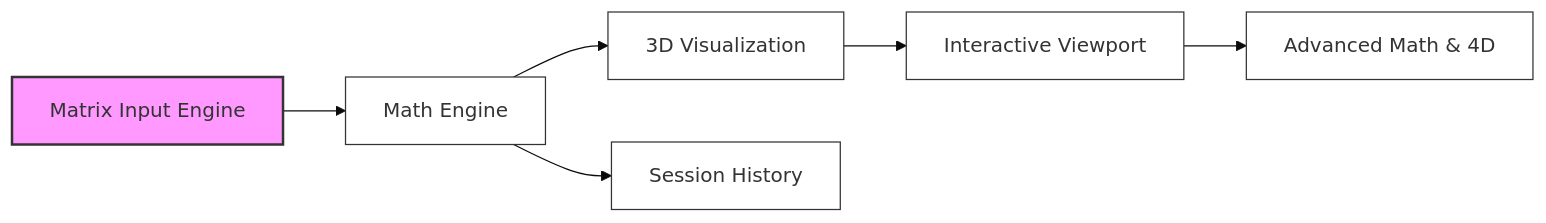
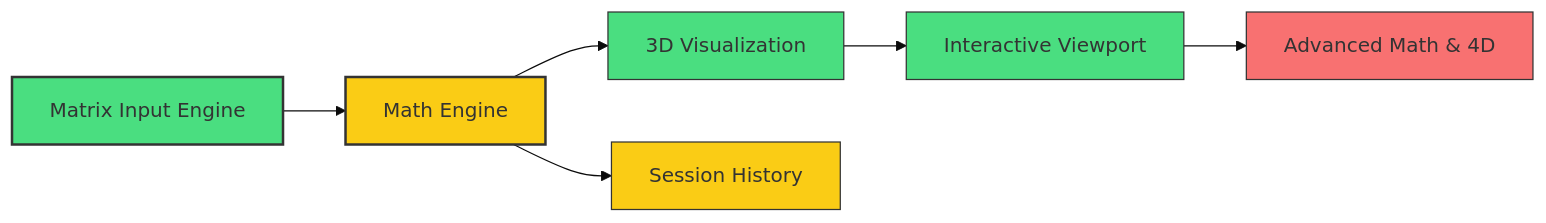
The diagram in .planning/STATE.md (KeMoSahBeee/Algine3D), drawn with Mermaid (base theme) before and after one commit. The commit also changed other lines of this file and 29 other files, not shown here.

````diff
--- a/.planning/STATE.md
+++ b/.planning/STATE.md
@@ -17,15 +17,15 @@
 ```mermaid
 graph LR
     P1[Matrix Input Engine] --> P2[Math Engine]
     P2 --> P3[3D Visualization]
     P3 --> P4[Interactive Viewport]
     P4 --> P5[Advanced Math & 4D]
     P2 --> P6[Session History]
     
-    style P1 fill:#f9f,stroke:#333,stroke-width:2px
-    style P2 fill:#fff,stroke:#333
-    style P3 fill:#fff,stroke:#333
-    style P4 fill:#fff,stroke:#333
-    style P5 fill:#fff,stroke:#333
-    style P6 fill:#fff,stroke:#333
+    style P1 fill:#4ade80,stroke:#333,stroke-width:2px
+    style P2 fill:#facc15,stroke:#333,stroke-width:2px
+    style P3 fill:#4ade80,stroke:#333
+    style P4 fill:#4ade80,stroke:#333
+    style P5 fill:#f87171,stroke:#333
+    style P6 fill:#facc15,stroke:#333
 ```
````
